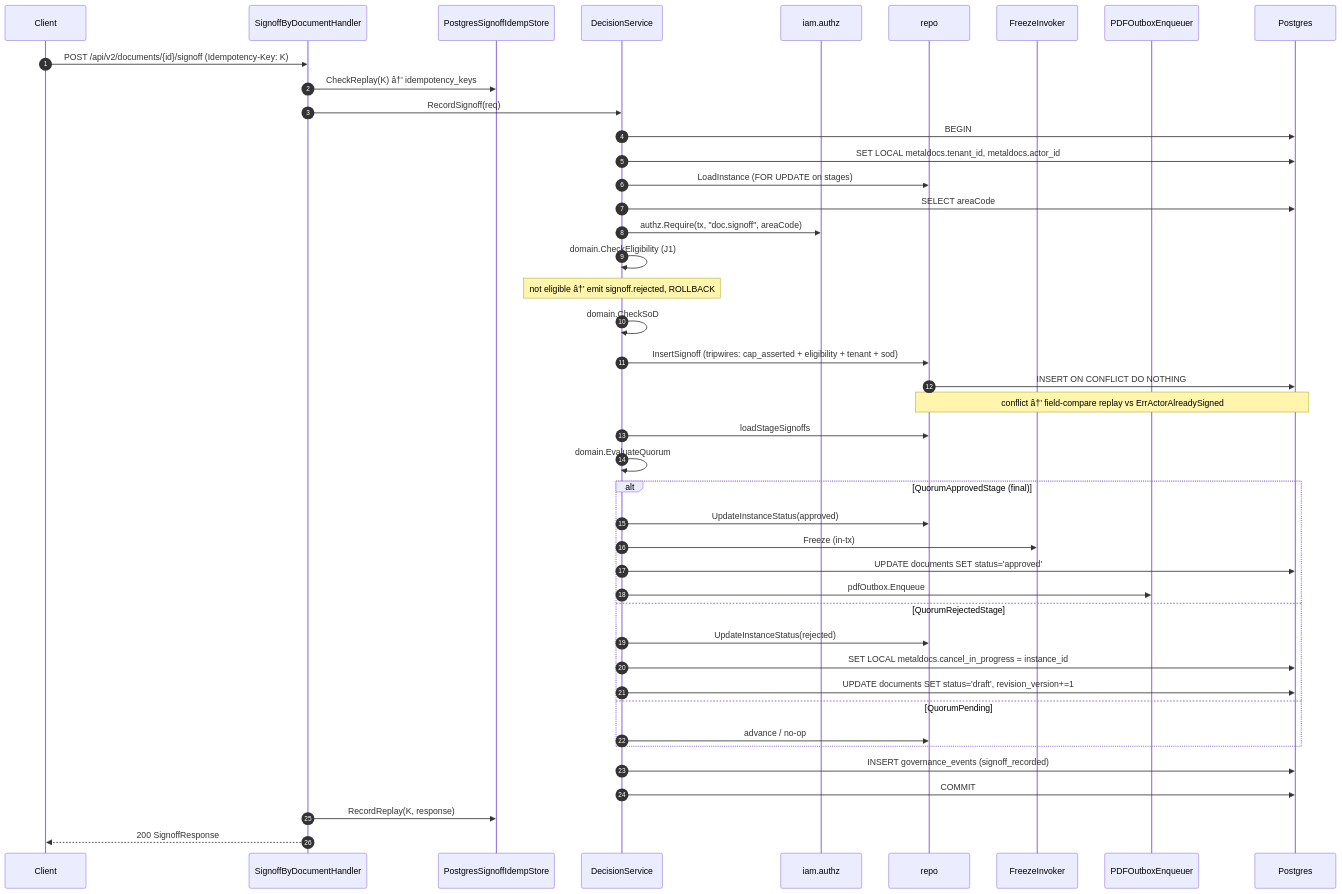
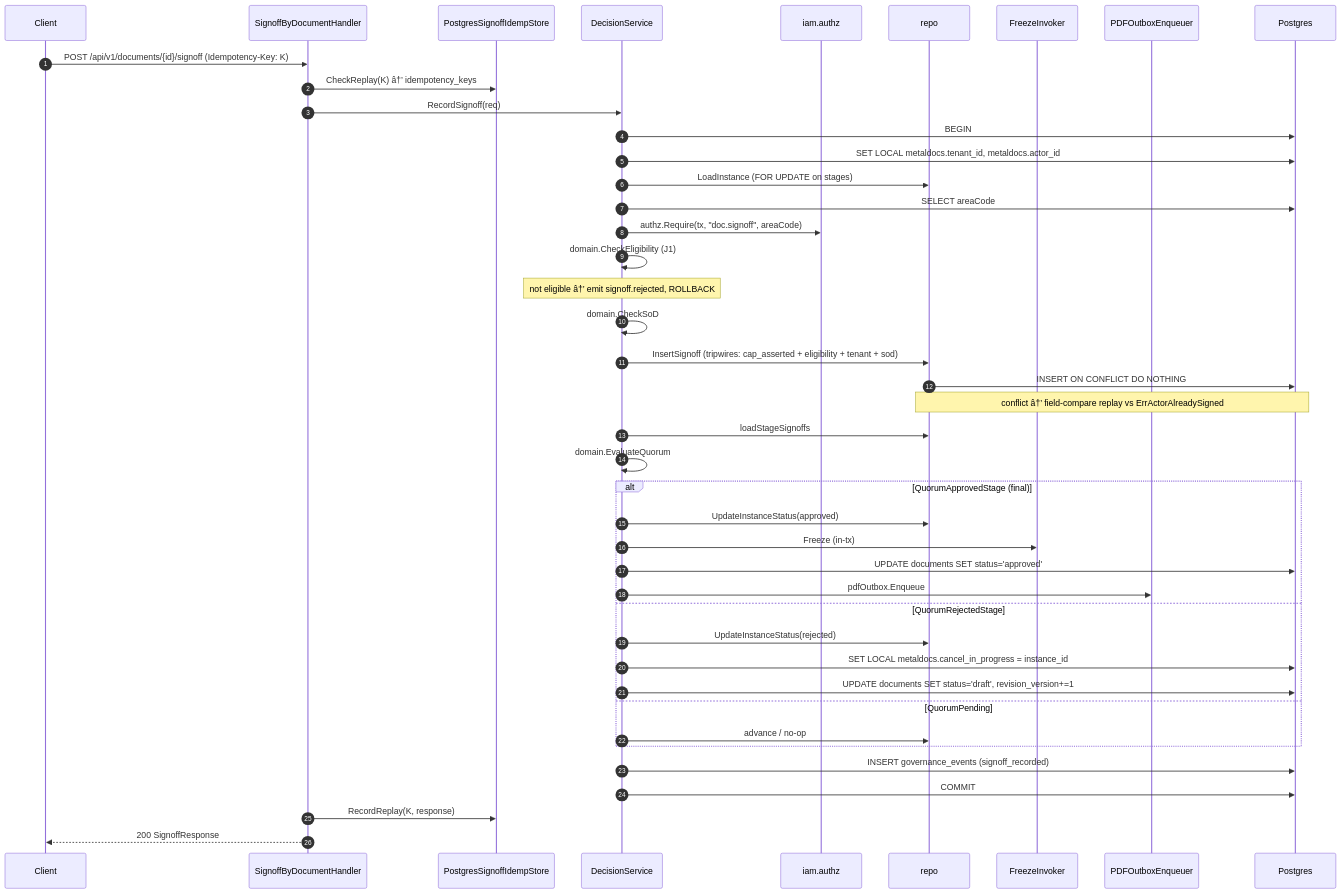
Before and after one commit to developmentconexus-ops/MetalDocs: the fourth of 5 diagrams in wiki/modules/approval.md, drawn with Mermaid. The commit also changed other lines of this file and 137 other files, not shown here.

````diff
--- a/wiki/modules/approval.md
+++ b/wiki/modules/approval.md
@@ -276,45 +276,45 @@
 ```mermaid
 sequenceDiagram
     autonumber
     participant C as Client
     participant H as SignoffByDocumentHandler
     participant I as PostgresSignoffIdempStore
     participant D as DecisionService
     participant Z as iam.authz
     participant R as repo
     participant F as FreezeInvoker
     participant O as PDFOutboxEnqueuer
     participant DB as Postgres
-    C->>H: POST /api/v2/documents/{id}/signoff (Idempotency-Key: K)
+    C->>H: POST /api/v1/documents/{id}/signoff (Idempotency-Key: K)
     H->>I: CheckReplay(K) â†’ idempotency_keys
     H->>D: RecordSignoff(req)
     D->>DB: BEGIN
     D->>DB: SET LOCAL metaldocs.tenant_id, metaldocs.actor_id
     D->>R: LoadInstance (FOR UPDATE on stages)
     D->>DB: SELECT areaCode
     D->>Z: authz.Require(tx, "doc.signoff", areaCode)
     D->>D: domain.CheckEligibility (J1)
     Note over D: not eligible â†’ emit signoff.rejected, ROLLBACK
     D->>D: domain.CheckSoD
     D->>R: InsertSignoff (tripwires: cap_asserted + eligibility + tenant + sod)
     R->>DB: INSERT ON CONFLICT DO NOTHING
     Note over R,DB: conflict â†’ field-compare replay vs ErrActorAlreadySigned
     D->>R: loadStageSignoffs
     D->>D: domain.EvaluateQuorum
     alt QuorumApprovedStage (final)
         D->>R: UpdateInstanceStatus(approved)
         D->>F: Freeze (in-tx)
         D->>DB: UPDATE documents SET status='approved'
         D->>O: pdfOutbox.Enqueue
     else QuorumRejectedStage
         D->>R: UpdateInstanceStatus(rejected)
         D->>DB: SET LOCAL metaldocs.cancel_in_progress = instance_id
         D->>DB: UPDATE documents SET status='draft', revision_version+=1
     else QuorumPending
         D->>R: advance / no-op
     end
     D->>DB: INSERT governance_events (signoff_recorded)
     D->>DB: COMMIT
     H->>I: RecordReplay(K, response)
     H-->>C: 200 SignoffResponse
 ```
````
